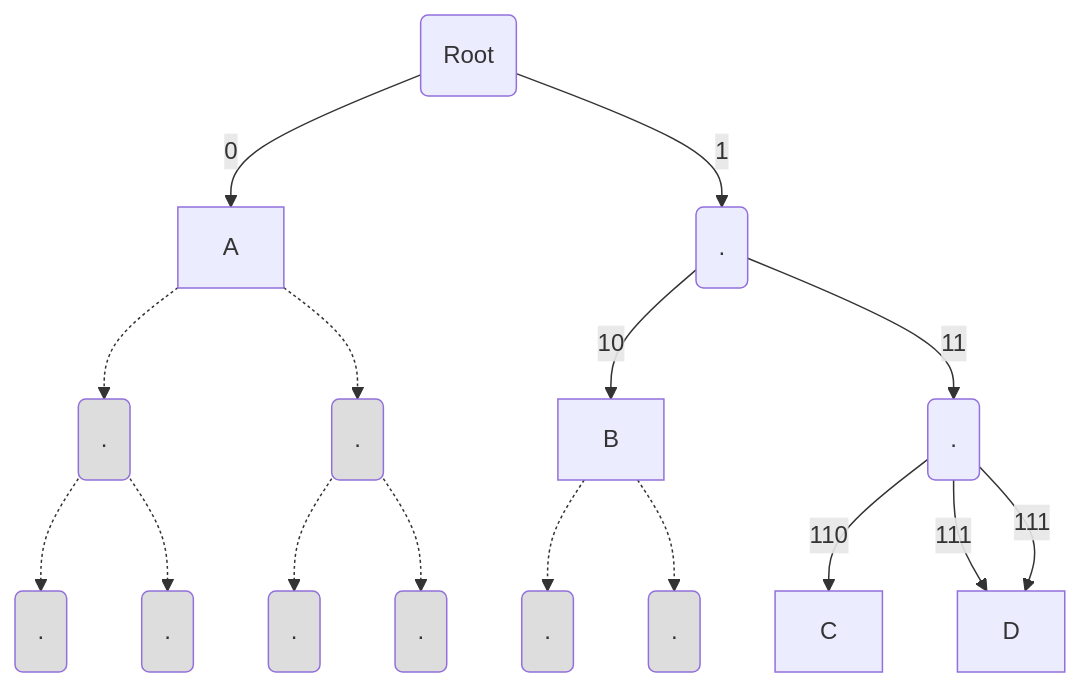
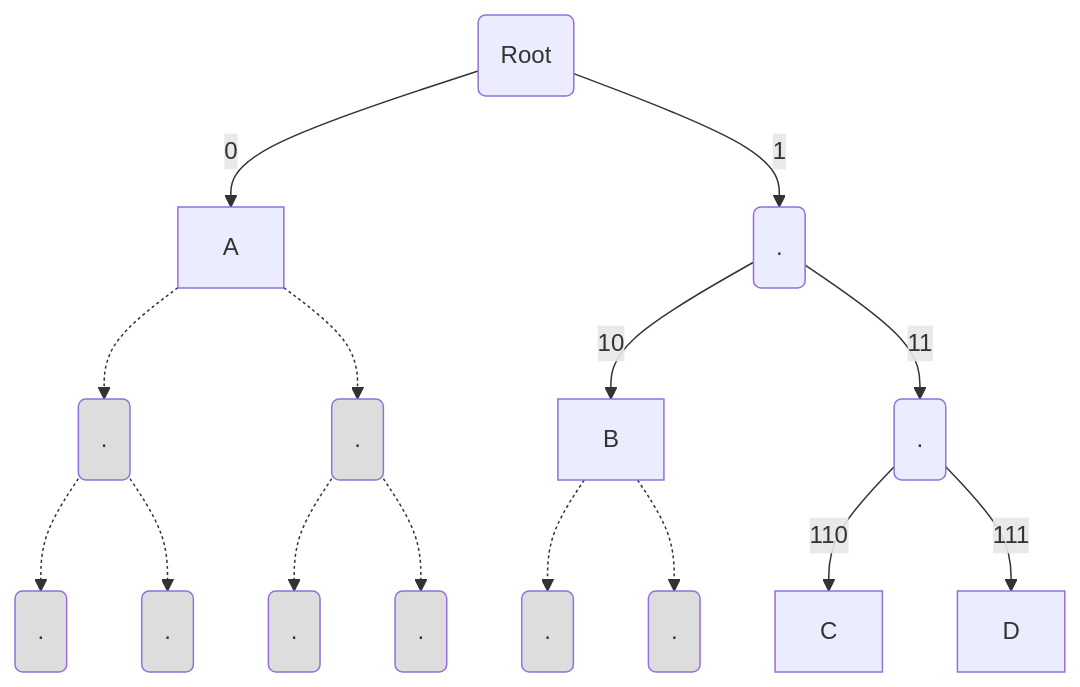
The diagram in src/lossless_iid/kraft_ineq_and_optimality.md (StanfordDataCompressionClass/notes), drawn with Mermaid before and after one commit.

Commit message:
Update kraft_ineq_and_optimality.md
fixed typo

````diff
--- a/src/lossless_iid/kraft_ineq_and_optimality.md
+++ b/src/lossless_iid/kraft_ineq_and_optimality.md
@@ -36,19 +36,18 @@
 ```mermaid
 graph TD
   *(Root) -->|0| A:::endnode
   A -.-> n6(.):::fake
   A -.-> n7(.):::fake
   n6-.-> n8(.):::fake
   n6-.-> n9(.):::fake
   n7-.-> m1(.):::fake
   n7-.-> m2(.):::fake
   *(Root) -->|1| n1(.)
   n1 -->|10| B:::endnode
   B -.-> m3(.):::fake
   B -.-> m4(.):::fake
   n1 -->|11| n2(.)
   n2 --> |110| C:::endnode
   n2 --> |111| D:::endnode
-  n2 --> |111| D:::endnode
   classDef fake fill:#ddd;
 ```
````
